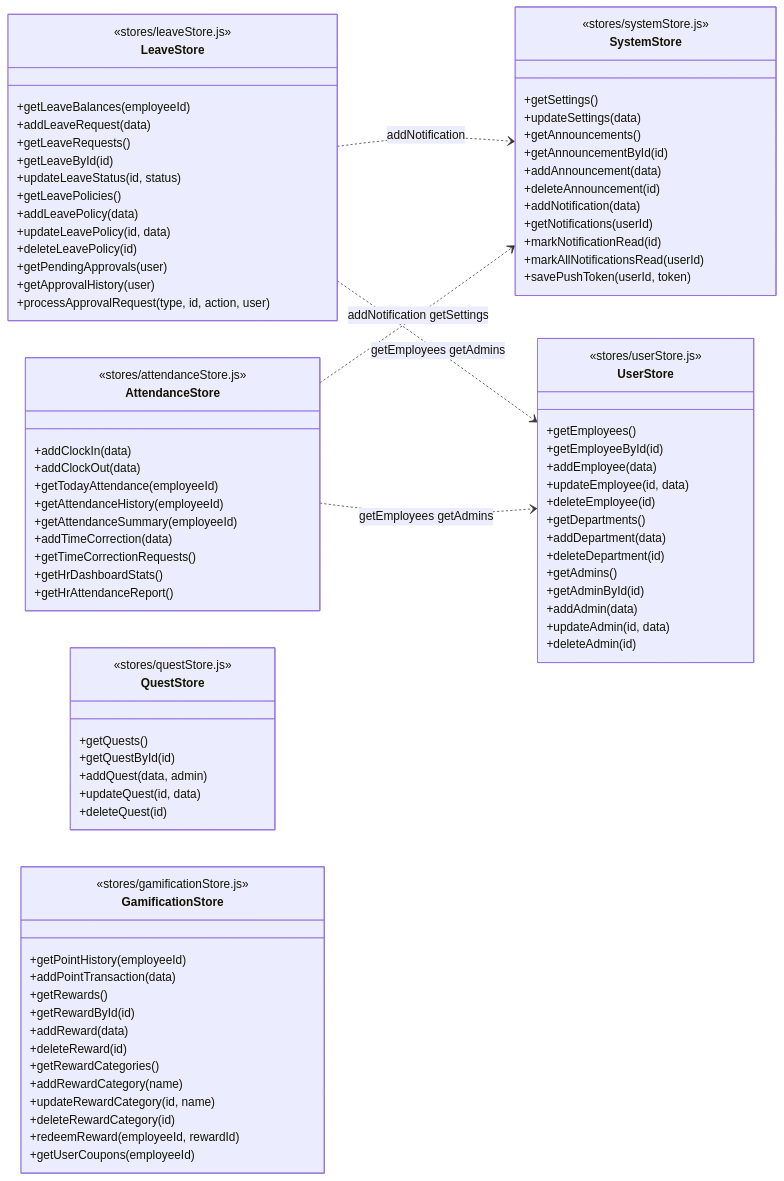
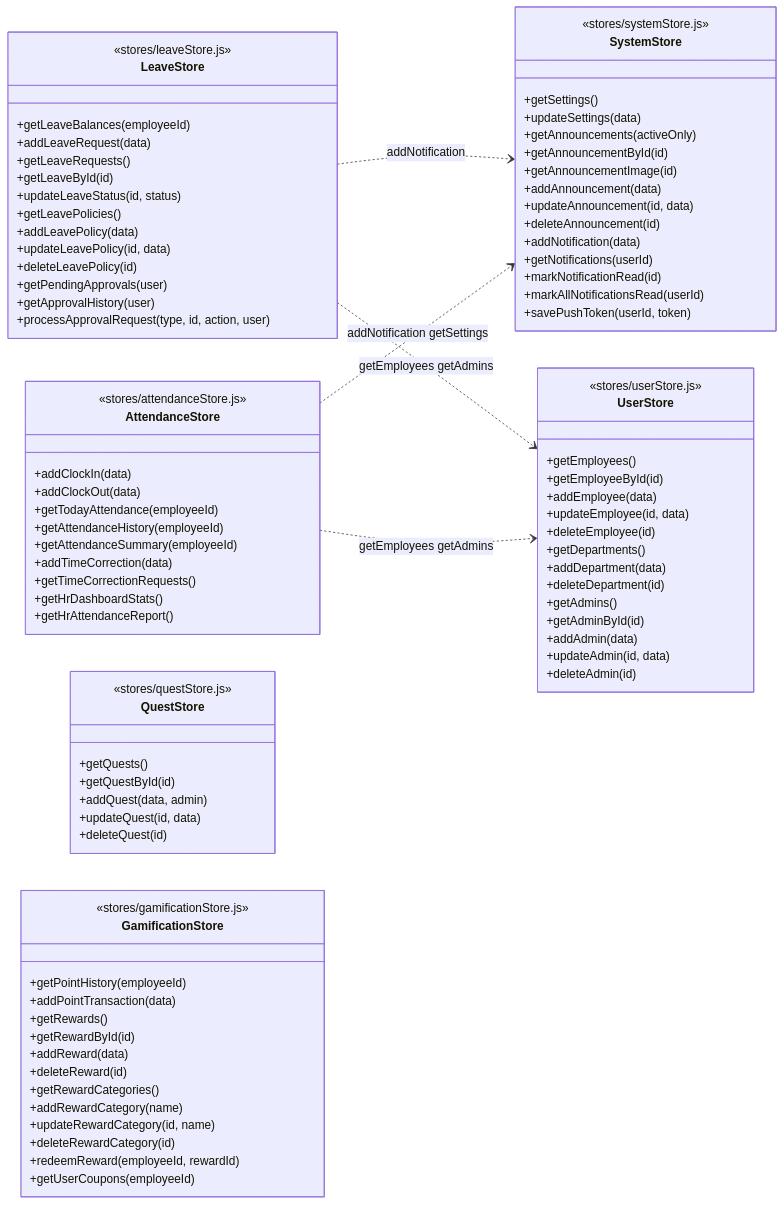
Before and after one commit to guidct17160/989XWellExp: the second of 3 diagrams in docs/Class-Diagram.md, drawn with Mermaid. The commit also changed other lines of this file and 75 other files, not shown here.

```diff
--- a/docs/Class-Diagram.md
+++ b/docs/Class-Diagram.md
@@ -181,9 +181,11 @@
         <<stores/systemStore.js>>
         +getSettings()
         +updateSettings(data)
-        +getAnnouncements()
+        +getAnnouncements(activeOnly)
         +getAnnouncementById(id)
+        +getAnnouncementImage(id)
         +addAnnouncement(data)
+        +updateAnnouncement(id, data)
         +deleteAnnouncement(id)
         +addNotification(data)
         +getNotifications(userId)
```
